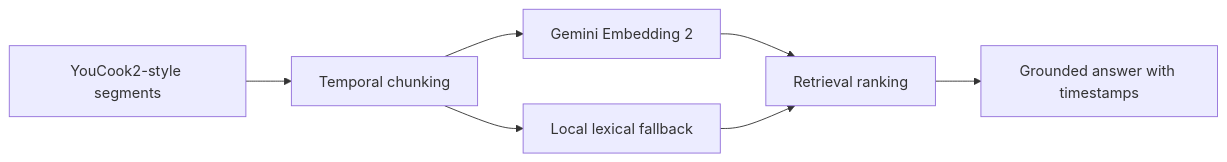
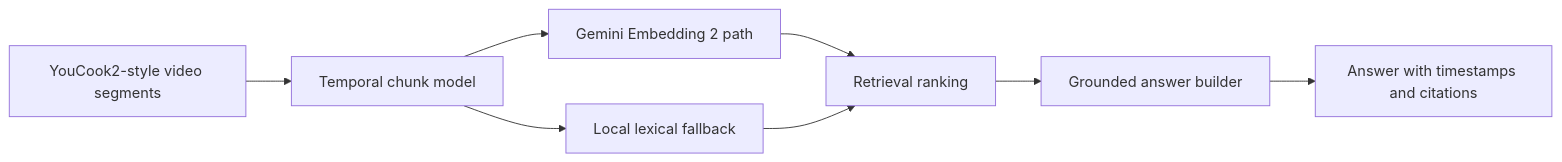
One commit to flaviagaia/video-rag-gemini-embeddings2 changed the diagram in README.md. Above: the diagram before and after it, drawn with Mermaid. The commit also changed other lines of this file, not shown here.

Commit message:
Deepen video RAG README documentation

````diff
--- a/README.md
+++ b/README.md
@@ -33,9 +125,10 @@
 ```mermaid
 flowchart LR
-    A["YouCook2-style segments"] --> B["Temporal chunking"]
-    B --> C["Gemini Embedding 2"]
+    A["YouCook2-style video segments"] --> B["Temporal chunk model"]
+    B --> C["Gemini Embedding 2 path"]
     B --> D["Local lexical fallback"]
     C --> E["Retrieval ranking"]
     D --> E
-    E --> F["Grounded answer with timestamps"]
+    E --> F["Grounded answer builder"]
+    F --> G["Answer with timestamps and citations"]
 ```
````
